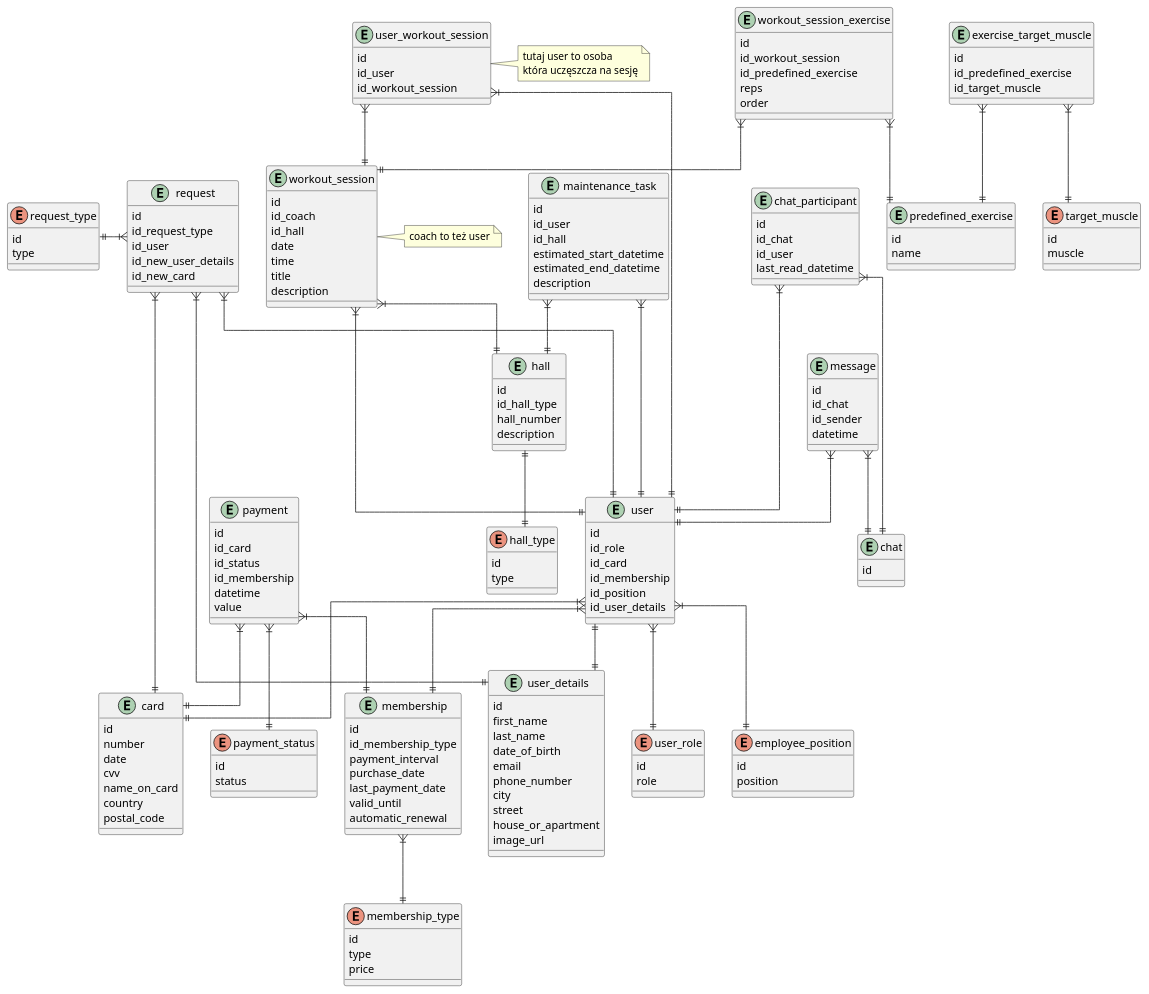
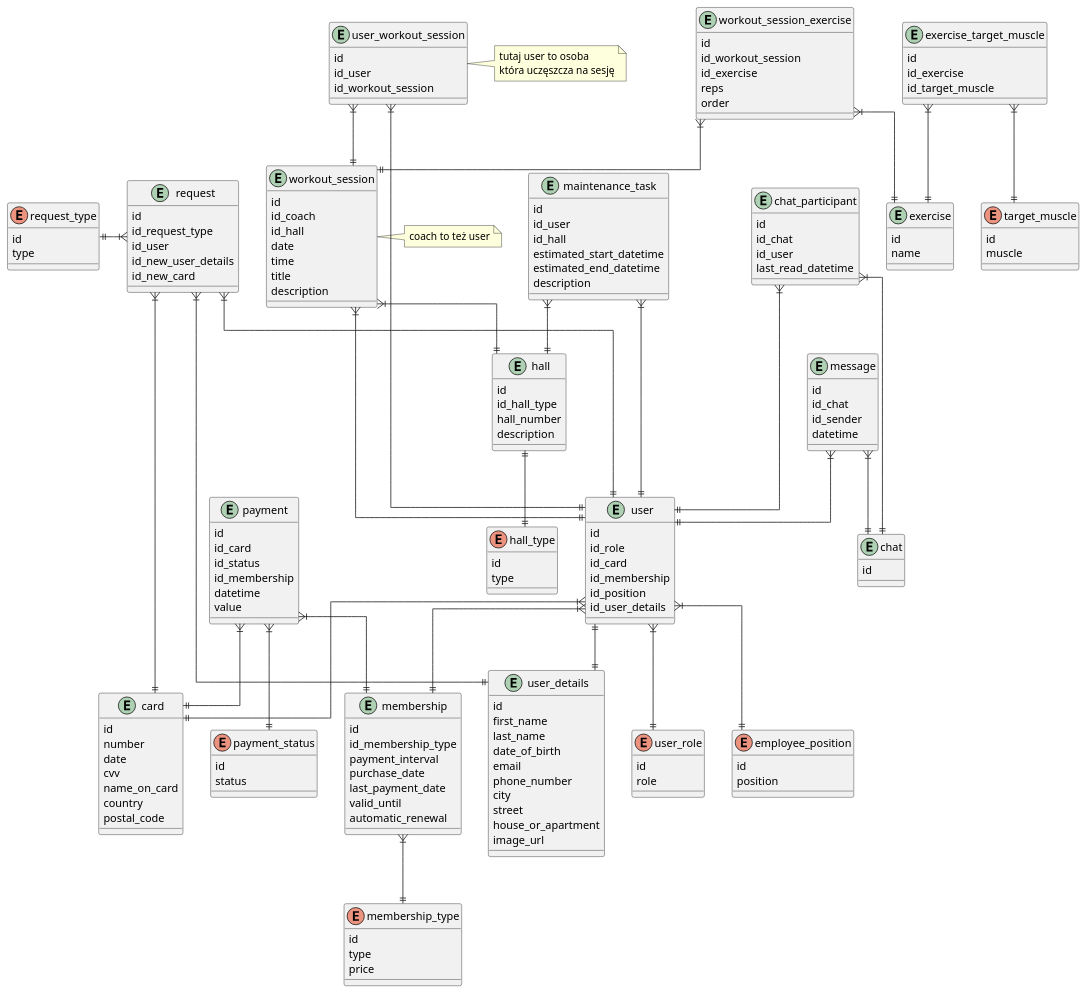
Before and after one commit to rafal11ck/gym-api: the diagram in docs/model.puml, drawn with PlantUML.

Commit message:
fix: make table name more acceptable

```diff
--- a/docs/model.puml
+++ b/docs/model.puml
@@ -74,7 +74,7 @@
 entity "workout_session_exercise" as workout_session_exercise {
     id
     id_workout_session
-    id_predefined_exercise
+    id_exercise
     reps
     order
 }
@@ -101,11 +101,11 @@
 
 entity "exercise_target_muscle" as exercise_target_muscle {
     id
-    id_predefined_exercise
+    id_exercise
     id_target_muscle
 }
 
-entity "predefined_exercise" as predefined_exercise {
+entity "exercise" as exercise {
     id
     name
 }
@@ -193,10 +193,10 @@
 hall ||--|| hall_type
 
 workout_session_exercise }|--|| workout_session
-workout_session_exercise }|--|| predefined_exercise
+workout_session_exercise }|--|| exercise
 
 exercise_target_muscle }|--|| target_muscle
-exercise_target_muscle }|--|| predefined_exercise
+exercise_target_muscle }|--|| exercise
 
 payment }|--|| payment_status
 payment }|--|| membership
```
